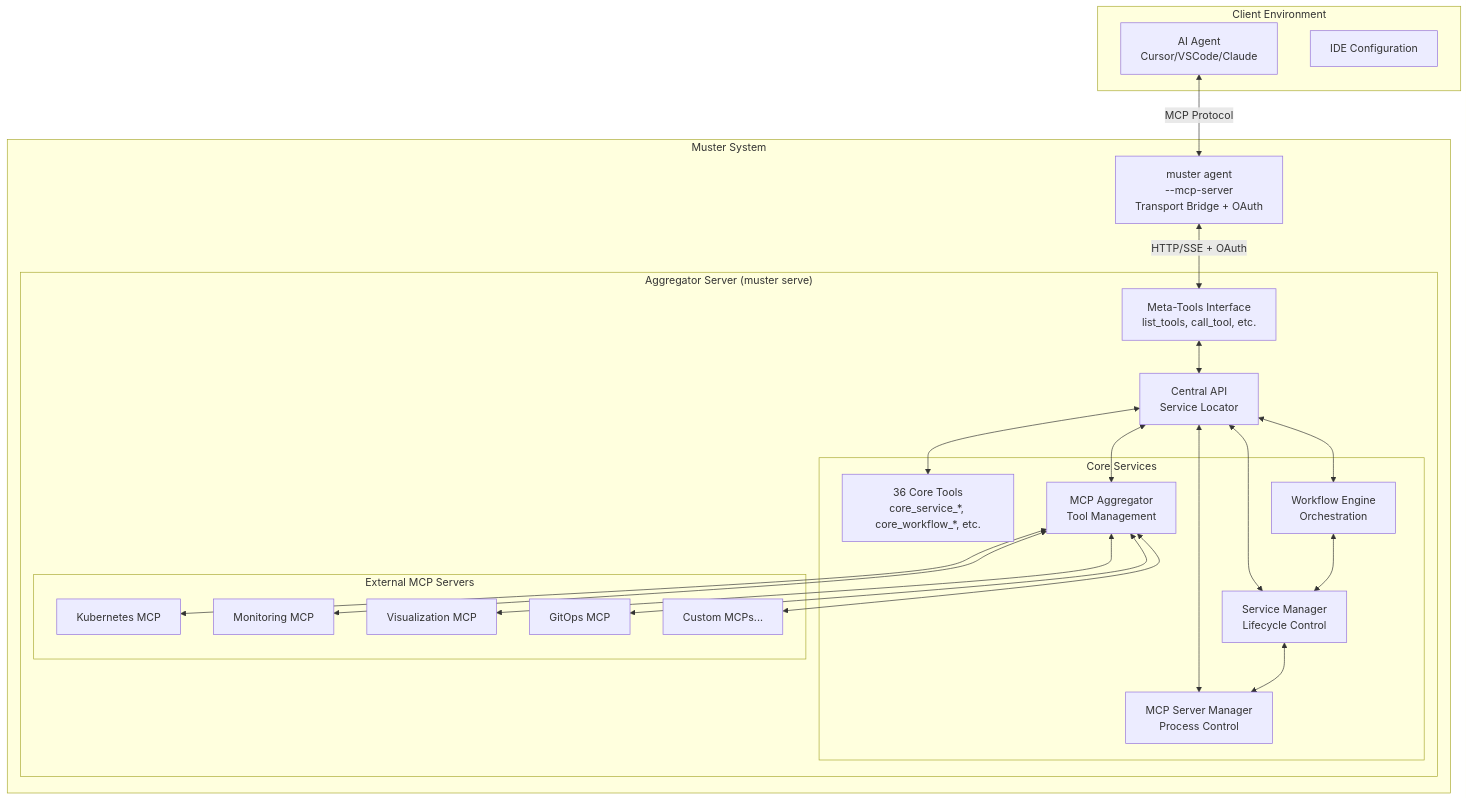
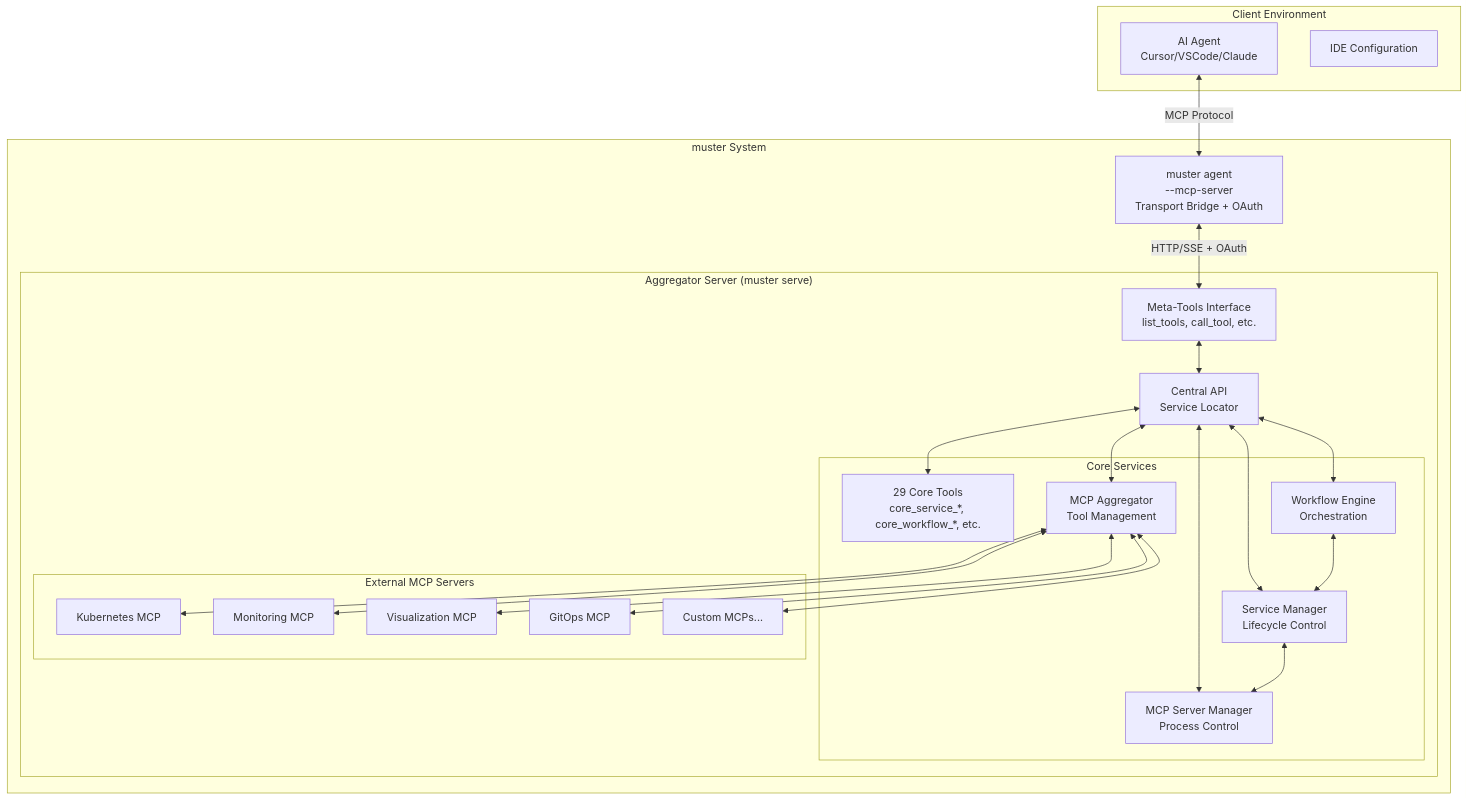
Before and after one commit to giantswarm/muster: the first of 5 diagrams in docs/explanation/architecture.md, drawn with Mermaid. The commit also changed other lines of this file and 129 other files, not shown here.

````diff
--- a/docs/explanation/architecture.md
+++ b/docs/explanation/architecture.md
@@ -9,50 +9,50 @@
 ```mermaid
 graph TB
     subgraph "Client Environment"
         Agent[AI Agent<br/>Cursor/VSCode/Claude]
         IDE[IDE Configuration]
     end
 
-    subgraph "Muster System"
+    subgraph "muster System"
         MusterAgent[muster agent<br/>--mcp-server<br/>Transport Bridge + OAuth]
 
         subgraph "Aggregator Server (muster serve)"
             MetaTools[Meta-Tools Interface<br/>list_tools, call_tool, etc.]
             API[Central API<br/>Service Locator]
 
             subgraph "Core Services"
-                CoreTools[36 Core Tools<br/>core_service_*, core_workflow_*, etc.]
+                CoreTools[29 Core Tools<br/>core_service_*, core_workflow_*, etc.]
                 Aggregator[MCP Aggregator<br/>Tool Management]
                 ServiceMgr[Service Manager<br/>Lifecycle Control]
                 Workflow[Workflow Engine<br/>Orchestration]
                 MCPServer[MCP Server Manager<br/>Process Control]
             end
 
             subgraph "External MCP Servers"
                 K8s[Kubernetes MCP]
                 Prometheus[Monitoring MCP]
                 Grafana[Visualization MCP]
                 Flux[GitOps MCP]
                 Custom[Custom MCPs...]
             end
         end
     end
 
     Agent <-->|MCP Protocol| MusterAgent
     MusterAgent <-->|HTTP/SSE + OAuth| MetaTools
     MetaTools <--> API
     API <--> CoreTools
     API <--> Aggregator
     API <--> ServiceMgr
     API <--> Workflow
     API <--> MCPServer
 
     Aggregator <--> K8s
     Aggregator <--> Prometheus
     Aggregator <--> Grafana
     Aggregator <--> Flux
     Aggregator <--> Custom
 
     ServiceMgr <--> MCPServer
     Workflow <--> ServiceMgr
 ```
````
